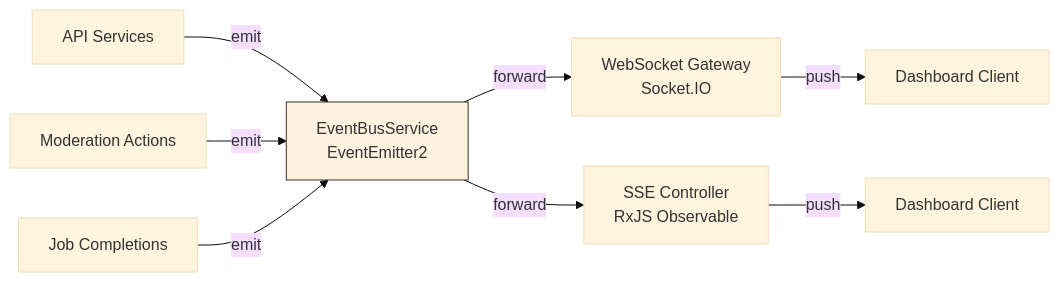
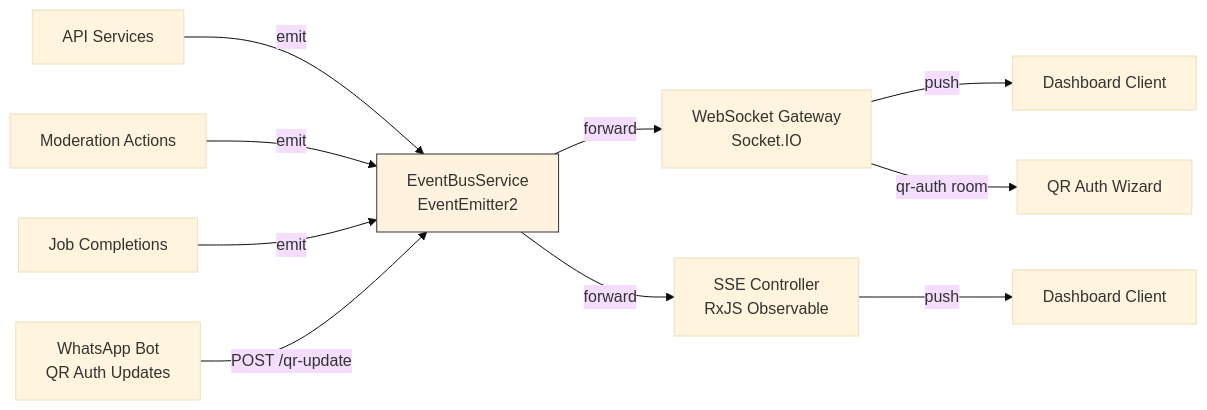
The second of 8 diagrams in README.md (kolezka/flowbot), drawn with Mermaid (base theme) before and after one commit. The commit also changed other lines of this file, not shown here.

Commit message:
docs: update README diagrams with WhatsApp QR auth flow, event system, and triggers

````diff
--- a/README.md
+++ b/README.md
@@ -124,17 +124,20 @@
 ```mermaid
 graph LR
     S1["API Services"] -->|emit| EB["EventBusService
     EventEmitter2"]
     S2["Moderation Actions"] -->|emit| EB
     S3["Job Completions"] -->|emit| EB
+    S4["WhatsApp Bot
+    QR Auth Updates"] -->|"POST /qr-update"| EB
 
     EB -->|forward| WS["WebSocket Gateway
     Socket.IO"]
     EB -->|forward| SSE["SSE Controller
     RxJS Observable"]
 
     WS -->|push| C1["Dashboard Client"]
+    WS -->|"qr-auth room"| C3["QR Auth Wizard"]
     SSE -->|push| C2["Dashboard Client"]
 
     style EB fill:#fff3e0,stroke:#333
 ```
````
